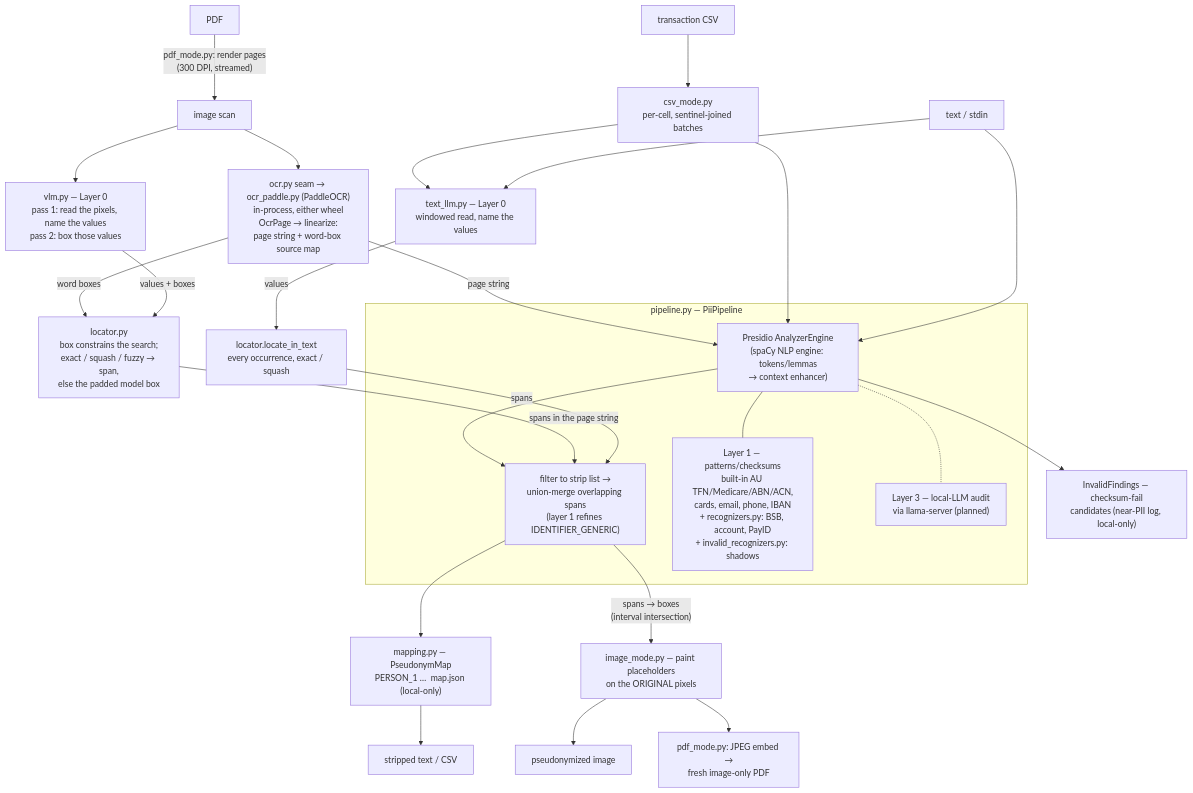
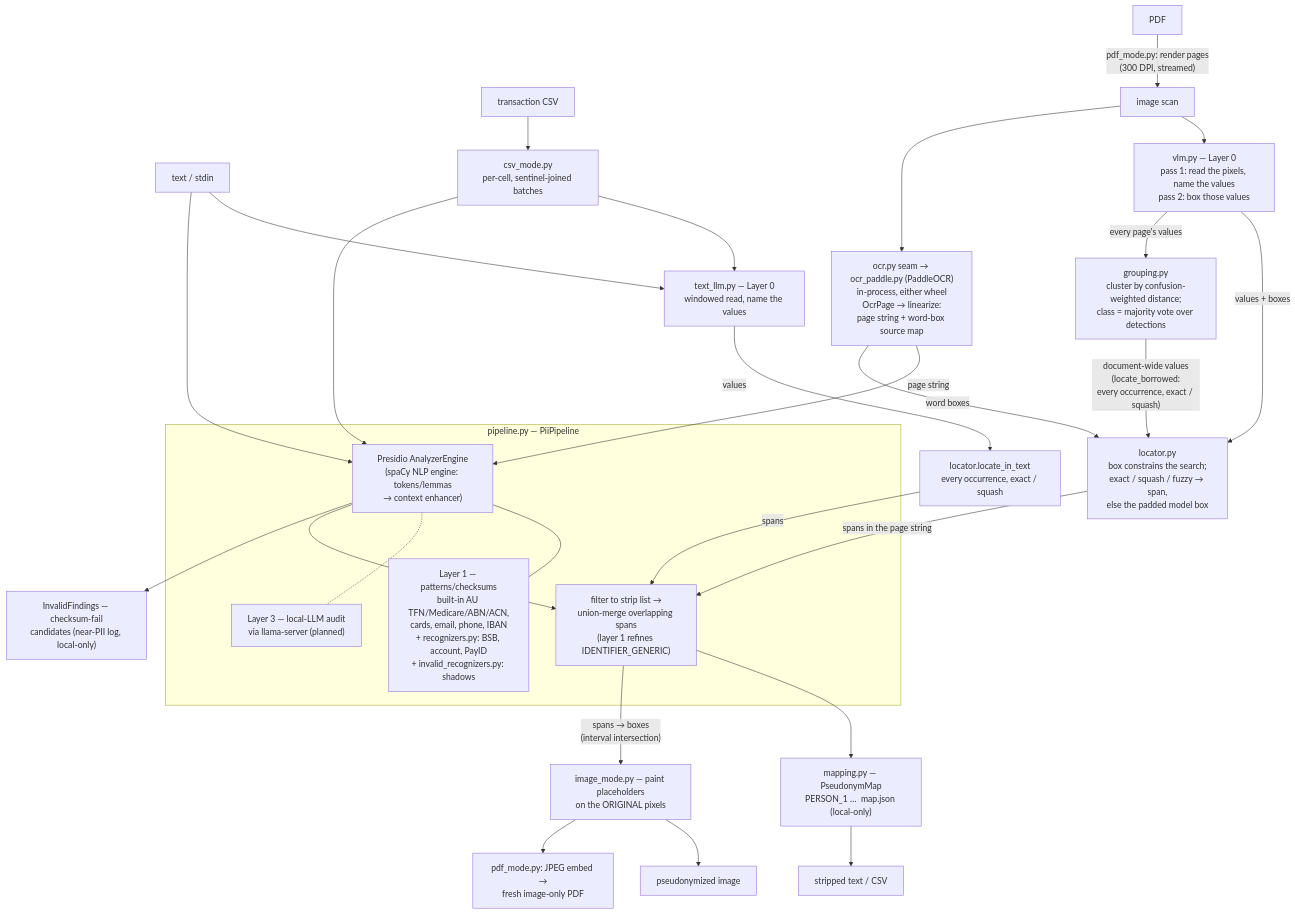
The diagram in pii/core/ARCHITECTURE.md (skoulik/BrokerAI), drawn with Mermaid before and after one commit. The commit also changed other lines of this file and 24 other files, not shown here.

````diff
--- a/pii/core/ARCHITECTURE.md
+++ b/pii/core/ARCHITECTURE.md
@@ -63,40 +64,42 @@
 ```mermaid
 flowchart TB
     TXT["text / stdin"]
     CSV["transaction CSV"]
     IMG["image scan"]
     PDF["PDF"]
 
     PDF -- "pdf_mode.py: render pages<br>(300 DPI, streamed)" --> IMG
     IMG --> VLM["vlm.py — Layer 0<br>pass 1: read the pixels, name the values<br>pass 2: box those values"]
     IMG --> OCRPY["ocr.py seam → ocr_paddle.py (PaddleOCR)<br>in-process, either wheel<br>OcrPage → linearize:<br>page string + word-box source map"]
     CSV --> CSVM["csv_mode.py<br>per-cell, sentinel-joined batches"]
 
     TXT --> TLLM["text_llm.py — Layer 0<br>windowed read, name the values"]
     CSVM --> TLLM
     TLLM -- "values" --> TLOC["locator.locate_in_text<br>every occurrence, exact / squash"]
     TLOC -- "spans" --> MRG
     TXT --> AE
     CSVM --> AE
     OCRPY -- "page string" --> AE
     VLM -- "values + boxes" --> LOC["locator.py<br>box constrains the search;<br>exact / squash / fuzzy → span,<br>else the padded model box"]
+    VLM -- "every page's values" --> GRP["grouping.py<br>cluster by confusion-weighted distance;<br>class = majority vote over detections"]
+    GRP -- "document-wide values<br>(locate_borrowed:<br>every occurrence, exact / squash)" --> LOC
     OCRPY -- "word boxes" --> LOC
     LOC -- "spans in the page string" --> MRG
 
     subgraph PIPE["pipeline.py — PiiPipeline"]
         AE["Presidio AnalyzerEngine<br>(spaCy NLP engine: tokens/lemmas<br>→ context enhancer)"]
         L1["Layer 1 — patterns/checksums<br>built-in AU TFN/Medicare/ABN/ACN,<br>cards, email, phone, IBAN<br>+ recognizers.py: BSB, account, PayID<br>+ invalid_recognizers.py: shadows"]
         L3["Layer 3 — local-LLM audit<br>via llama-server (planned)"]
         MRG["filter to strip list →<br>union-merge overlapping spans<br>(layer 1 refines IDENTIFIER_GENERIC)"]
         AE --- L1
         AE -.- L3
         AE --> MRG
     end
 
     MRG --> PM["mapping.py — PseudonymMap<br>PERSON_1 …  map.json (local-only)"]
     AE --> INV["InvalidFindings — checksum-fail<br>candidates (near-PII log, local-only)"]
     PM --> OUT1["stripped text / CSV"]
     MRG -- "spans → boxes<br>(interval intersection)" --> PAINT["image_mode.py — paint placeholders<br>on the ORIGINAL pixels"]
     PAINT --> OUT2["pseudonymized image"]
     PAINT --> OUT3["pdf_mode.py: JPEG embed →<br>fresh image-only PDF"]
 ```
````
